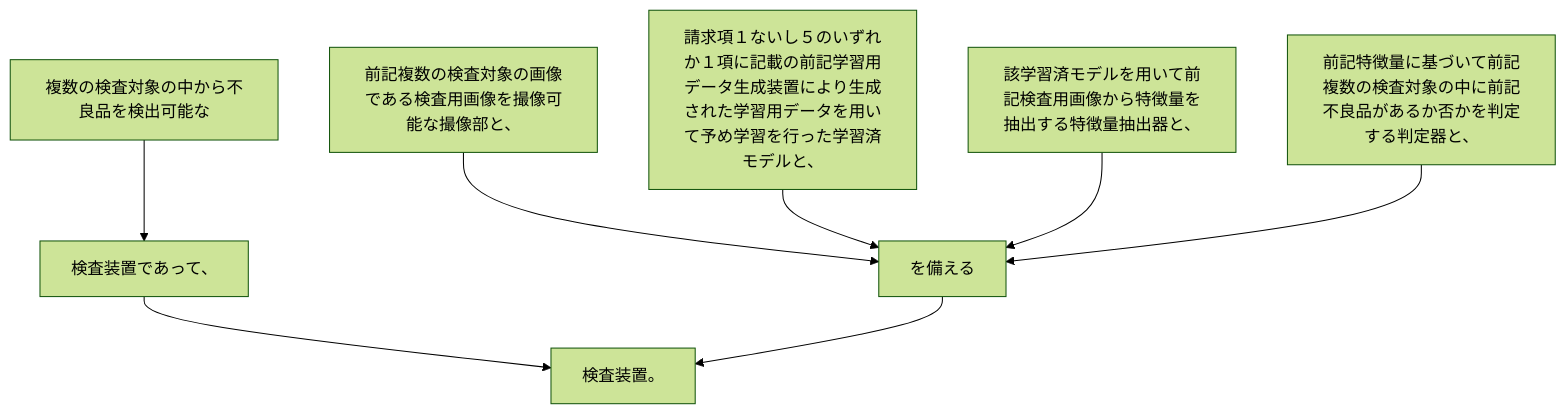
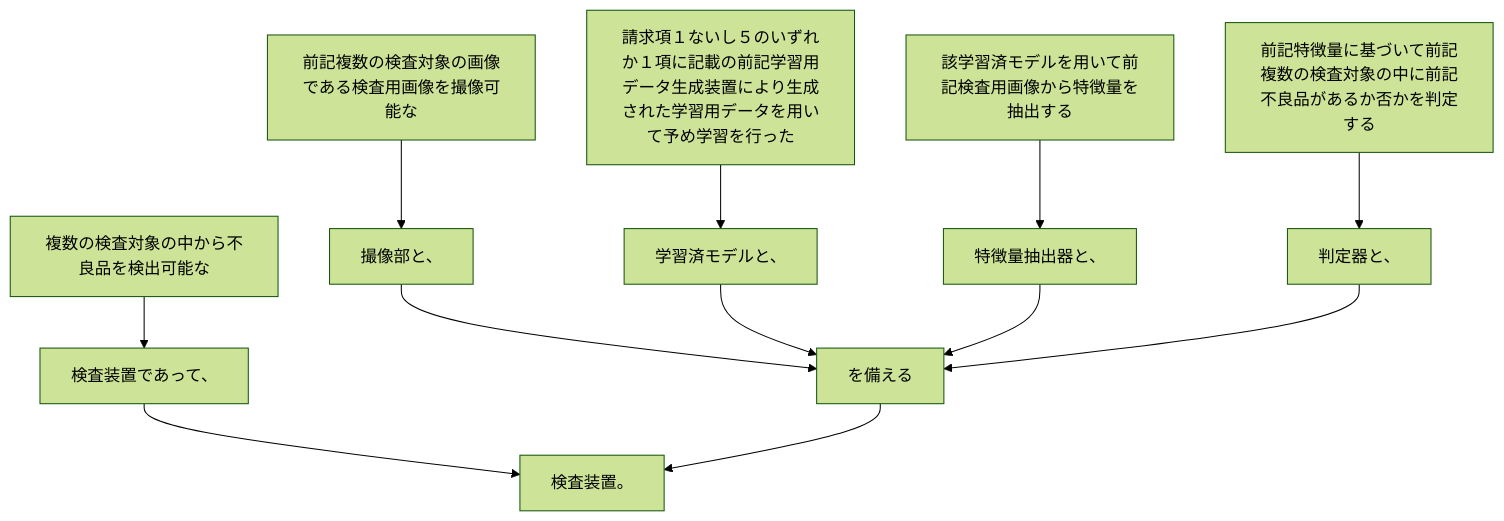
Before and after one commit to shinmori55/patent_analyzed: the diagram in 2024/JP2024000284A/claim_11/README.md, drawn with Mermaid (forest theme). The commit also changed 31 other files, not shown here.

````diff
--- a/2024/JP2024000284A/claim_11/README.md
+++ b/2024/JP2024000284A/claim_11/README.md
@@ -7,18 +7,26 @@
 ```mermaid
 flowchart TD
 A[複数の検査対象の中から不良品を検出可能な]
 B[検査装置であって、]
-C[前記複数の検査対象の画像である検査用画像を撮像可能な撮像部と、]
-D[請求項１ないし５のいずれか１項に記載の前記学習用データ生成装置により生成された学習用データを用いて予め学習を行った学習済モデルと、]
-E[該学習済モデルを用いて前記検査用画像から特徴量を抽出する特徴量抽出器と、]
-F[前記特徴量に基づいて前記複数の検査対象の中に前記不良品があるか否かを判定する判定器と、]
-G[を備える]
-H[検査装置。]
+C[前記複数の検査対象の画像である検査用画像を撮像可能な]
+D[撮像部と、]
+E[請求項１ないし５のいずれか１項に記載の前記学習用データ生成装置により生成された学習用データを用いて予め学習を行った]
+F[学習済モデルと、]
+G[該学習済モデルを用いて前記検査用画像から特徴量を抽出する]
+H[特徴量抽出器と、]
+I[前記特徴量に基づいて前記複数の検査対象の中に前記不良品があるか否かを判定する]
+J[判定器と、]
+K[を備える]
+L[検査装置。]
 A --> B
-B --> H
-C --> G
-D --> G
-E --> G
-F --> G
+B --> L
+C --> D
+E --> F
 G --> H
+I --> J
+D --> K
+F --> K
+H --> K
+J --> K
+K --> L
 ```
````
